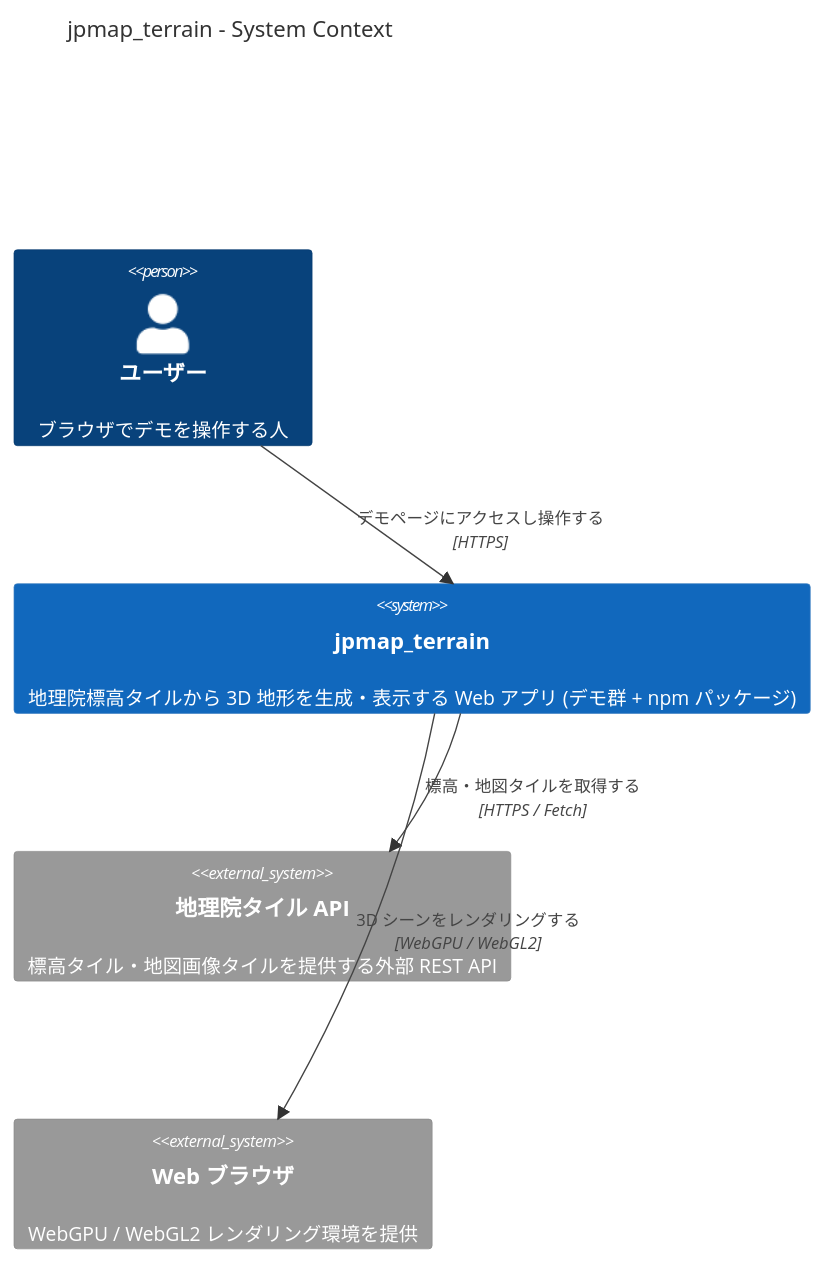
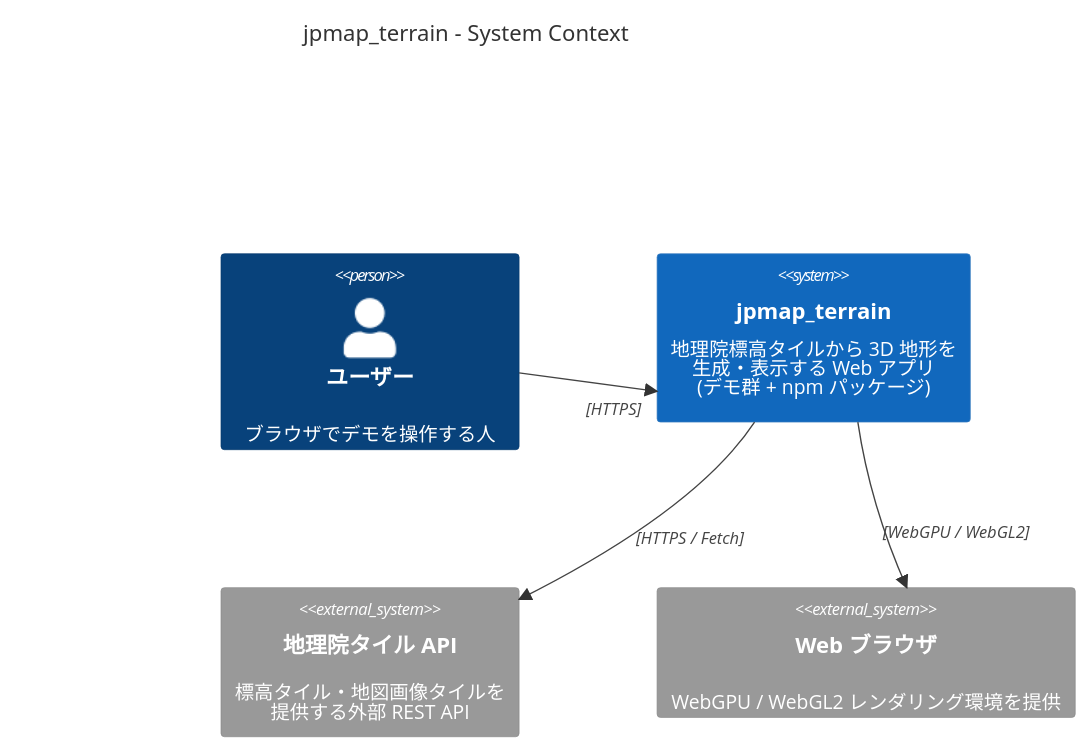
Before and after one commit to 8ga3/jpmap_terrain: the first of 5 diagrams in spec/architecture.md, drawn with Mermaid. The commit also changed other lines of this file, not shown here.

First line of the commit message:
docs: architecture.md の C4 図を見やすく改善する

````diff
--- a/spec/architecture.md
+++ b/spec/architecture.md
@@ -13,15 +13,16 @@
 ```mermaid
 C4Context
   title jpmap_terrain - System Context
+  UpdateLayoutConfig($c4ShapeInRow="3", $c4BoundaryInRow="1")
 
   Person(user, "ユーザー", "ブラウザでデモを操作する人")
 
-  System(jpmap, "jpmap_terrain", "地理院標高タイルから 3D 地形を生成・表示する Web アプリ (デモ群 + npm パッケージ)")
+  System(jpmap, "jpmap_terrain", "地理院標高タイルから 3D 地形を<br/>生成・表示する Web アプリ<br/>(デモ群 + npm パッケージ)")
 
-  System_Ext(gsi, "地理院タイル API", "標高タイル・地図画像タイルを提供する外部 REST API")
+  System_Ext(gsi, "地理院タイル API", "標高タイル・地図画像タイルを<br/>提供する外部 REST API")
   System_Ext(browser, "Web ブラウザ", "WebGPU / WebGL2 レンダリング環境を提供")
 
-  Rel(user, jpmap, "デモページにアクセスし操作する", "HTTPS")
-  Rel(jpmap, gsi, "標高・地図タイルを取得する", "HTTPS / Fetch")
-  Rel(jpmap, browser, "3D シーンをレンダリングする", "WebGPU / WebGL2")
+  Rel_R(user, jpmap, " ", "HTTPS")
+  Rel_R(jpmap, gsi, " ", "HTTPS / Fetch")
+  Rel_D(jpmap, browser, " ", "WebGPU / WebGL2")
 ```
````
